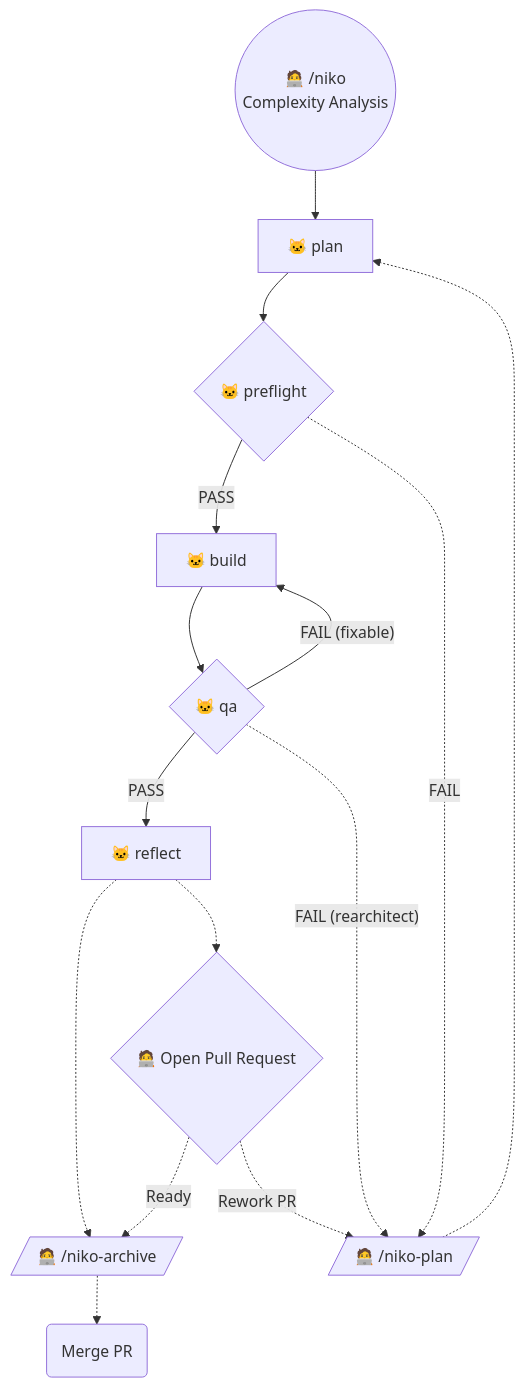
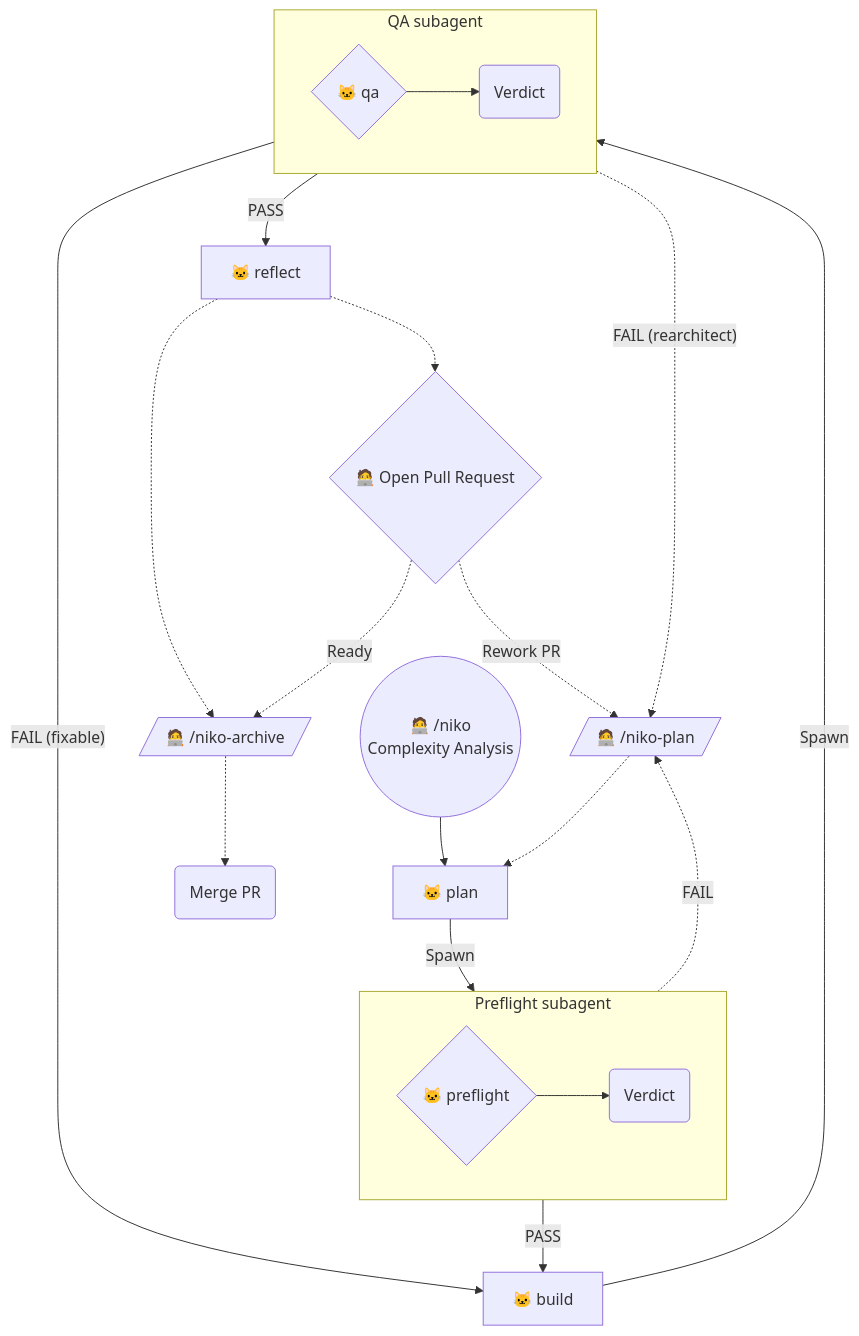
The fourth of 6 diagrams in rulesets/niko/README.md (Texarkanine/.cursor-rules), drawn with Mermaid before and after one commit. The commit also changed other lines of this file and 27 other files, not shown here.

Commit message:
feat(niko): spawn verification subagents for preflight and QA (#108)

````diff
--- a/rulesets/niko/README.md
+++ b/rulesets/niko/README.md
@@ -173,24 +188,32 @@
 ```mermaid
 flowchart TD
 	Start(("🧑‍💻 /niko<br>Complexity Analysis")) --> NikoPlan["🐱 plan"]
-	NikoPlan --> NikoPreflight{"🐱 preflight"}
-	NikoPreflight -->|"PASS"| NikoBuild["🐱 build"]
-	NikoPreflight -.->|"FAIL"| ManualPlan[/"🧑‍💻 /niko-plan"/]
+	NikoPlan --Spawn--> NikoPreflight
+	subgraph PreflightSubagent["Preflight subagent"]
+		direction LR
+		NikoPreflight{"🐱 preflight"} --> PreflightVerdict("Verdict")
+	end
+	PreflightVerdict -->|"PASS"| NikoBuild["🐱 build"]
+	PreflightVerdict -.->|"FAIL"| ManualPlan[/"🧑‍💻 /niko-plan"/]
 
-	NikoBuild --> NikoQA{"🐱 qa"}
-	NikoQA -->|"PASS"| NikoReflect["🐱 reflect"]
+	NikoBuild --Spawn--> NikoQA
+	subgraph QASubagent["QA subagent"]
+		direction LR
+		NikoQA{"🐱 qa"} --> QAVerdict("Verdict")
+	end
+	QAVerdict -->|"PASS"| NikoReflect["🐱 reflect"]
 	NikoReflect -.-> ManualArchive[/"🧑‍💻 /niko-archive"/]
-	NikoQA -->|"FAIL (fixable)"| NikoBuild
-	NikoQA -.->|"FAIL (rearchitect)"| ManualPlan
+	QAVerdict -->|"FAIL (fixable)"| NikoBuild
+	QAVerdict -.->|"FAIL (rearchitect)"| ManualPlan
 
 	ManualPlan -.-> NikoPlan
 
 	PR{"🧑‍💻 Open Pull Request"}
 
 	NikoReflect -.-> PR
 
 	PR -."Ready".-> ManualArchive
 	PR -."Rework PR".-> ManualPlan
-	
+
 	ManualArchive -.-> MergePR("Merge PR")
 ```
````
